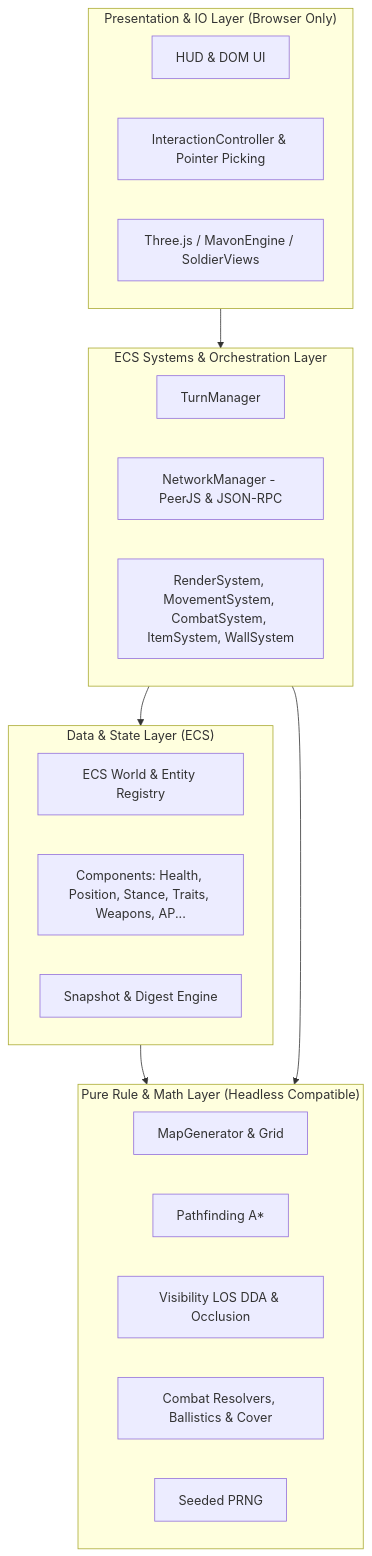
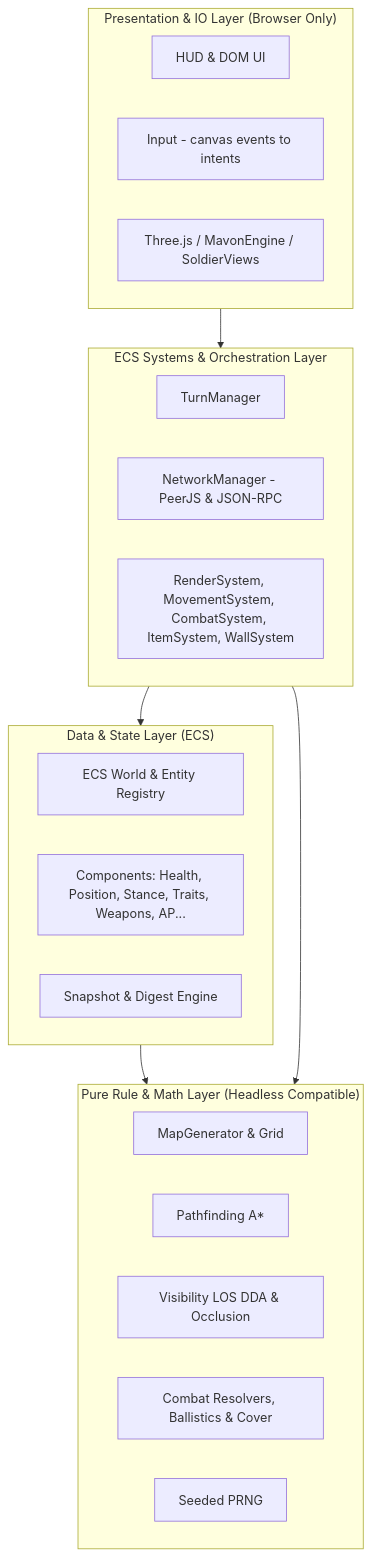
Before and after one commit to lordvlad/tictac: the diagram in docs/architecture/overview.md, drawn with Mermaid. The commit also changed other lines of this file and 71 other files, not shown here.

````diff
--- a/docs/architecture/overview.md
+++ b/docs/architecture/overview.md
@@ -23,33 +23,33 @@
 ```mermaid
 graph TD
     subgraph Presentation ["Presentation & IO Layer (Browser Only)"]
         UI[HUD & DOM UI]
-        Input[InteractionController & Pointer Picking]
+        Input[Input - canvas events to intents]
         Render[Three.js / MavonEngine / SoldierViews]
     end
 
     subgraph Systems ["ECS Systems & Orchestration Layer"]
         TurnMgr[TurnManager]
         NetMgr[NetworkManager - PeerJS & JSON-RPC]
         Sys[RenderSystem, MovementSystem, CombatSystem, ItemSystem, WallSystem]
     end
 
     subgraph Data ["Data & State Layer (ECS)"]
         World[ECS World & Entity Registry]
         Comp[Components: Health, Position, Stance, Traits, Weapons, AP...]
         Snap[Snapshot & Digest Engine]
     end
 
     subgraph Core ["Pure Rule & Math Layer (Headless Compatible)"]
         MapGen[MapGenerator & Grid]
         Path[Pathfinding A*]
         LOS[Visibility LOS DDA & Occlusion]
         Combat[Combat Resolvers, Ballistics & Cover]
         RNG[Seeded PRNG]
     end
 
     Presentation --> Systems
     Systems --> Data
     Data --> Core
     Systems --> Core
 ```
````
